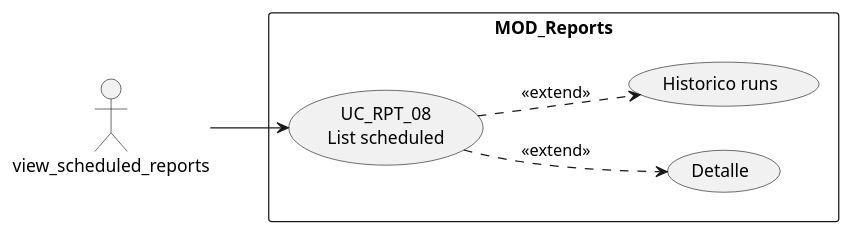
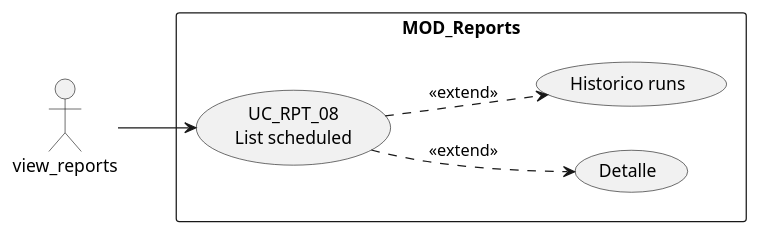
Before and after one commit to jcg-admin/IACT-docs: the first of 4 diagrams in source/requisitos/casos-uso/reports/uc-rpt-08/diagramas-uml.rst, drawn with PlantUML. The commit also changed 157 other files, not shown here.

First line of the commit message:
Enforce catalog function names across all diagrams

```diff
--- a/source/requisitos/casos-uso/reports/uc-rpt-08/diagramas-uml.rst
+++ b/source/requisitos/casos-uso/reports/uc-rpt-08/diagramas-uml.rst
@@ -10,17 +10,17 @@
 .. uml::
  :caption: UC_RPT_08 — listar programados
 
  @startuml
  left to right direction
- actor "view_scheduled_reports" as USR
+ actor "view_reports" as USR
 
  rectangle "MOD_Reports" {
    usecase "UC_RPT_08\nList scheduled" as UC08
    usecase "Detalle" as DET
    usecase "Historico runs" as RUNS
  }
 
  USR --> UC08
  UC08 ..> DET : <<extend>>
  UC08 ..> RUNS : <<extend>>
  @enduml
```
